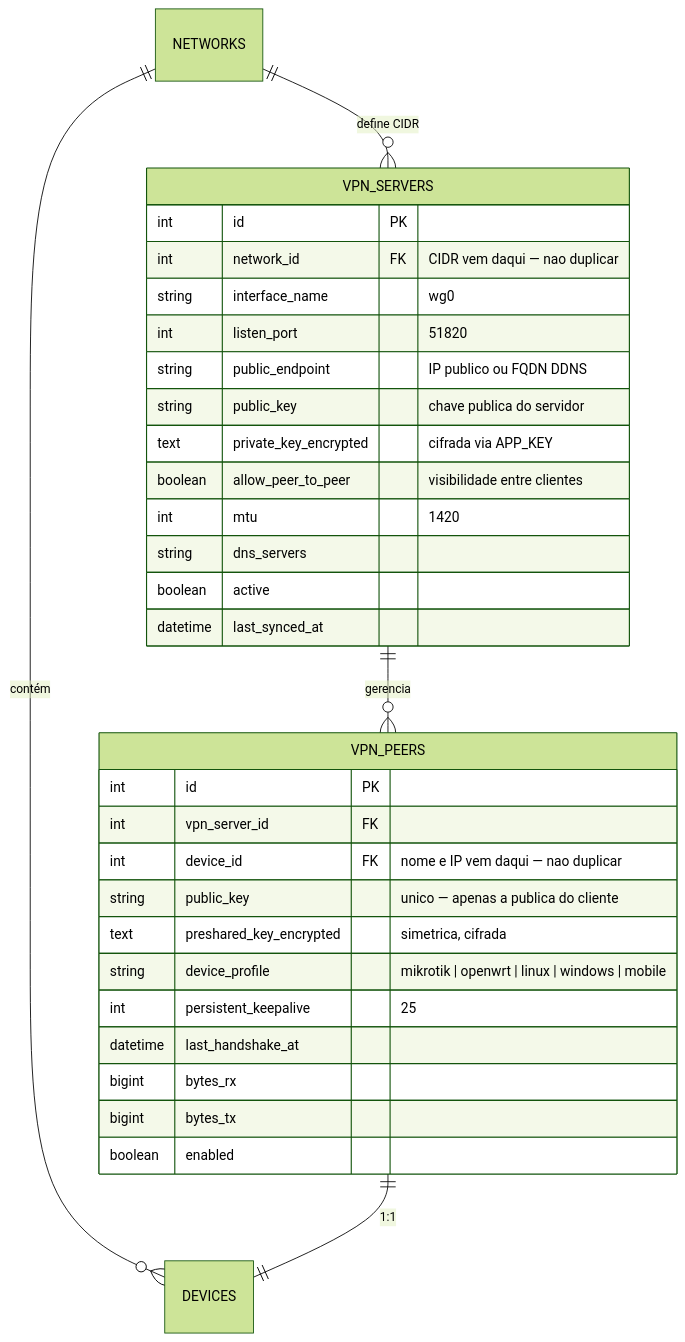
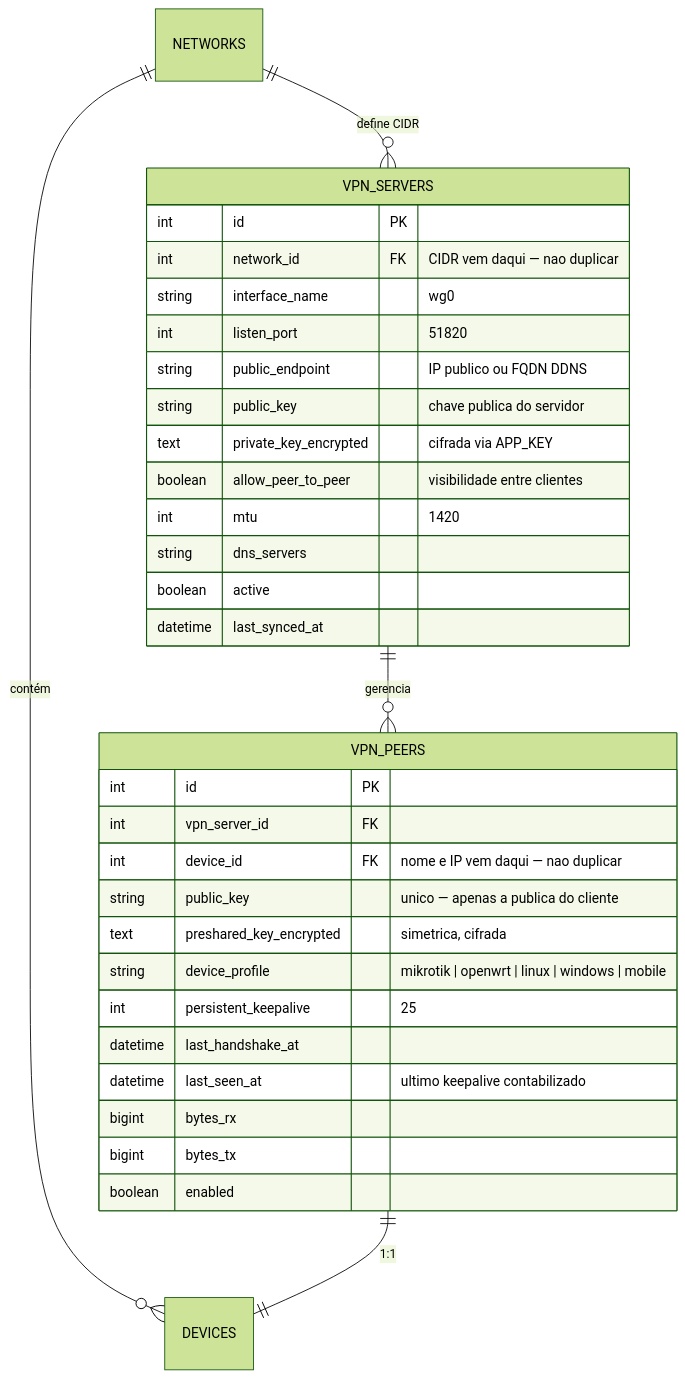
One commit to maxupunk/monitor-de-rede changed the second of 3 diagrams in docs/roadmap_vpn.md. Above: the diagram before and after it, drawn with Mermaid (forest theme). The commit also changed other lines of this file and 24 other files, not shown here.

````diff
--- a/docs/roadmap_vpn.md
+++ b/docs/roadmap_vpn.md
@@ -197,36 +197,37 @@
 ```mermaid
 erDiagram
     NETWORKS ||--o{ VPN_SERVERS : "define CIDR"
     VPN_SERVERS ||--o{ VPN_PEERS : "gerencia"
     NETWORKS ||--o{ DEVICES : "contém"
     VPN_PEERS ||--|| DEVICES : "1:1"
 
     VPN_SERVERS {
         int id PK
         int network_id FK "CIDR vem daqui — nao duplicar"
         string interface_name "wg0"
         int listen_port "51820"
         string public_endpoint "IP publico ou FQDN DDNS"
         string public_key "chave publica do servidor"
         text private_key_encrypted "cifrada via APP_KEY"
         boolean allow_peer_to_peer "visibilidade entre clientes"
         int mtu "1420"
         string dns_servers
         boolean active
         datetime last_synced_at
     }
 
     VPN_PEERS {
         int id PK
         int vpn_server_id FK
         int device_id FK "nome e IP vem daqui — nao duplicar"
         string public_key "unico — apenas a publica do cliente"
         text preshared_key_encrypted "simetrica, cifrada"
         string device_profile "mikrotik | openwrt | linux | windows | mobile"
         int persistent_keepalive "25"
         datetime last_handshake_at
+        datetime last_seen_at "ultimo keepalive contabilizado"
         bigint bytes_rx
         bigint bytes_tx
         boolean enabled
     }
 ```
````
